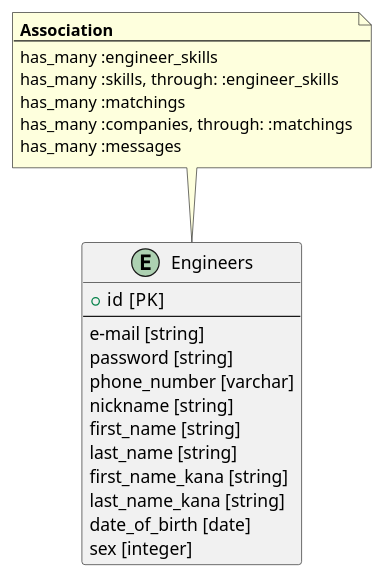
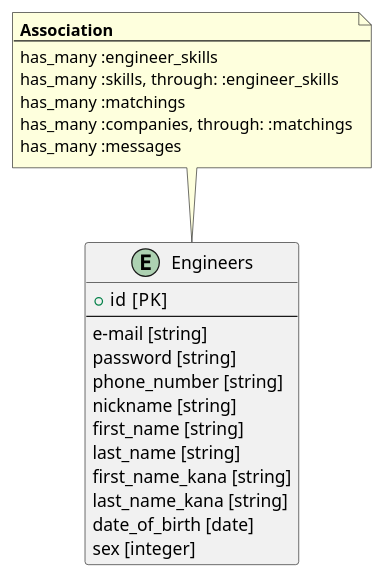
The diagram in plantuml/tables/engineer.pu (Error4577/skillmatch-03), drawn with PlantUML before and after one commit. The commit also changed 1 other file, not shown here.

Commit message:
update erd

```diff
--- a/plantuml/tables/engineer.pu
+++ b/plantuml/tables/engineer.pu
@@ -1,28 +1,28 @@
 @startuml engineer
 
 entity "Engineers" as engineer {
   +id  [PK]
   --
   e-mail [string]
   password [string]
-  phone_number [varchar]
+  phone_number [string]
   nickname [string]
   first_name [string]
   last_name [string]
   first_name_kana [string]
   last_name_kana [string]
   date_of_birth [date]
   sex [integer]
 }
 
 note top
   **Association**
   --
   has_many :engineer_skills
   has_many :skills, through: :engineer_skills
   has_many :matchings
   has_many :companies, through: :matchings
   has_many :messages
 end note
 
 @enduml
```
